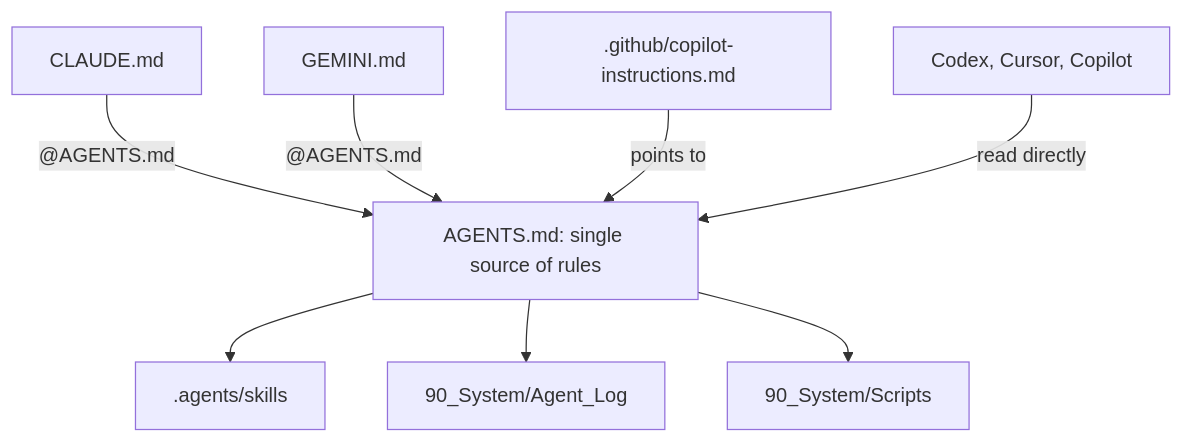
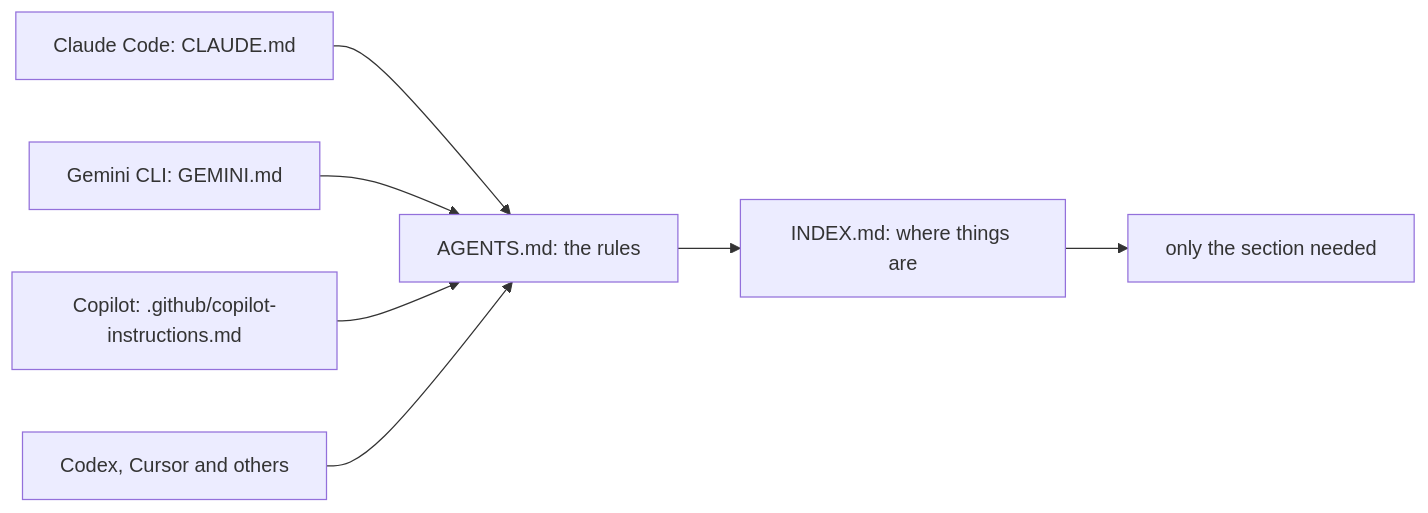
The third of 3 diagrams in README.md (erikunha/vault-of-loci), drawn with Mermaid before and after one commit. The commit also changed other lines of this file and 2 other files, not shown here.

First line of the commit message:
docs: README shows how to study with an agent, not just the files

````diff
--- a/README.md
+++ b/README.md
@@ -99,11 +126,9 @@
 ```mermaid
-flowchart TB
-  AG["AGENTS.md: single source of rules"]
-  CL["CLAUDE.md"] -->|"@AGENTS.md"| AG
-  GE["GEMINI.md"] -->|"@AGENTS.md"| AG
-  CP[".github/copilot-instructions.md"] -->|"points to"| AG
-  CX["Codex, Cursor, Copilot"] -->|"read directly"| AG
-  AG --> SK[".agents/skills"]
-  AG --> LOG["90_System/Agent_Log"]
-  AG --> CHK["90_System/Scripts"]
+flowchart LR
+  CL["Claude Code: CLAUDE.md"] --> AG["AGENTS.md: the rules"]
+  GE["Gemini CLI: GEMINI.md"] --> AG
+  CP["Copilot: .github/copilot-instructions.md"] --> AG
+  CX["Codex, Cursor and others"] --> AG
+  AG --> IX["INDEX.md: where things are"]
+  IX --> SEC["only the section needed"]
 ```
````
